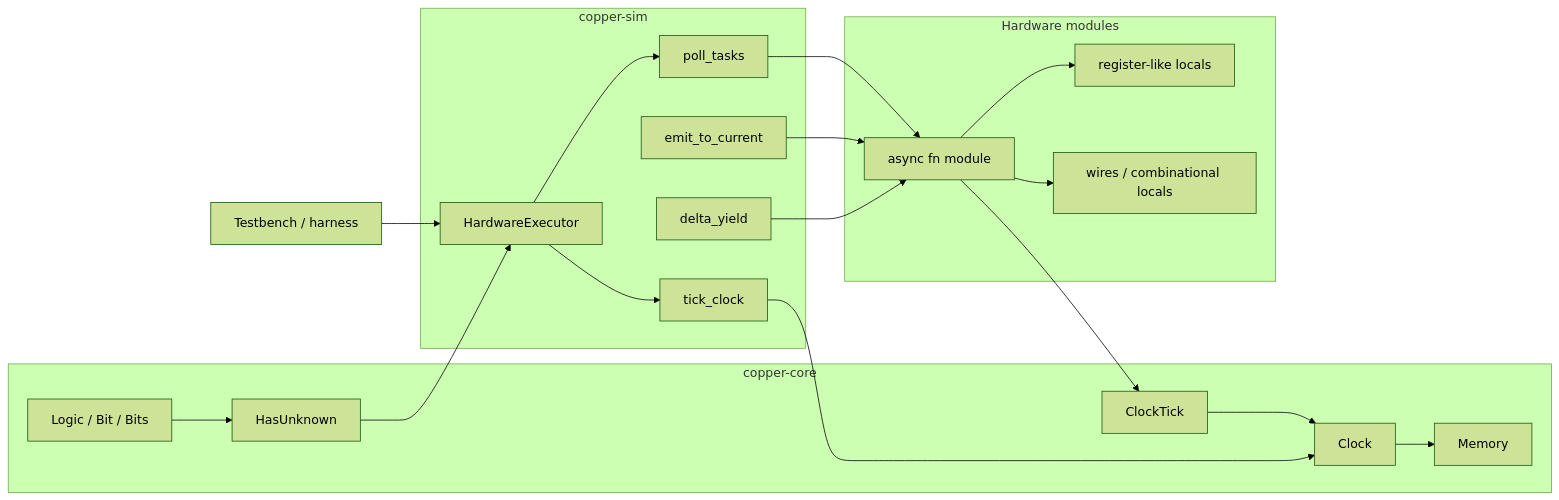
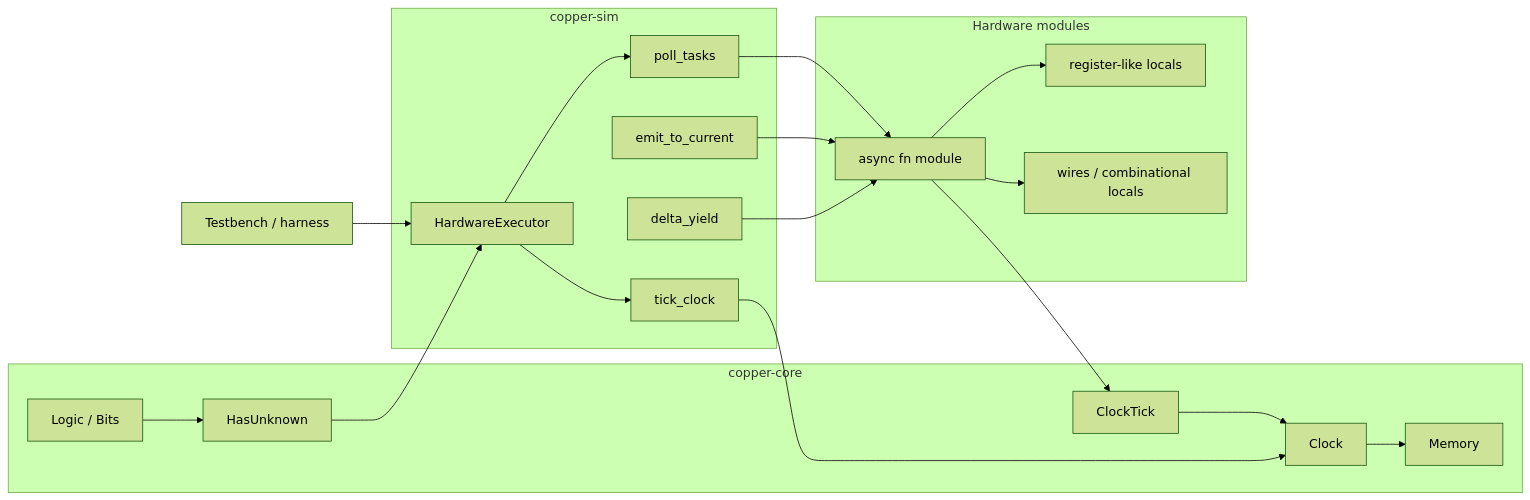
The diagram in design_docs/diagrams/simulation/component.md (samdreu/rudl2), drawn with Mermaid (forest theme) before and after one commit. The commit also changed 21 other files, not shown here.

First line of the commit message:
docs: transpilation audit/roadmap + design-doc updates + paper drafts

````diff
--- a/design_docs/diagrams/simulation/component.md
+++ b/design_docs/diagrams/simulation/component.md
@@ -3,41 +3,41 @@
 ```mermaid
 graph LR
   subgraph Sim[copper-sim]
     Exec[HardwareExecutor]
     Poll[poll_tasks]
     Tick[tick_clock]
     Emit[emit_to_current]
     Delta[delta_yield]
   end
 
   subgraph Core[copper-core]
     Clock[Clock]
     TickFuture[ClockTick]
     Mem[Memory]
-    Logic[Logic / Bit / Bits]
+    Logic[Logic / Bits]
     Unknown[HasUnknown]
   end
 
   subgraph Module[Hardware modules]
     Async[async fn module]
     State[register-like locals]
     Comb[wires / combinational locals]
   end
 
   Test[Testbench / harness]
 
   Test --> Exec
   Exec --> Poll
   Exec --> Tick
   Poll --> Async
   Async --> TickFuture
   TickFuture --> Clock
   Tick --> Clock
   Clock --> Mem
   Emit --> Async
   Delta --> Async
   Async --> State
   Async --> Comb
   Logic --> Unknown
   Unknown --> Exec
 ```
````
